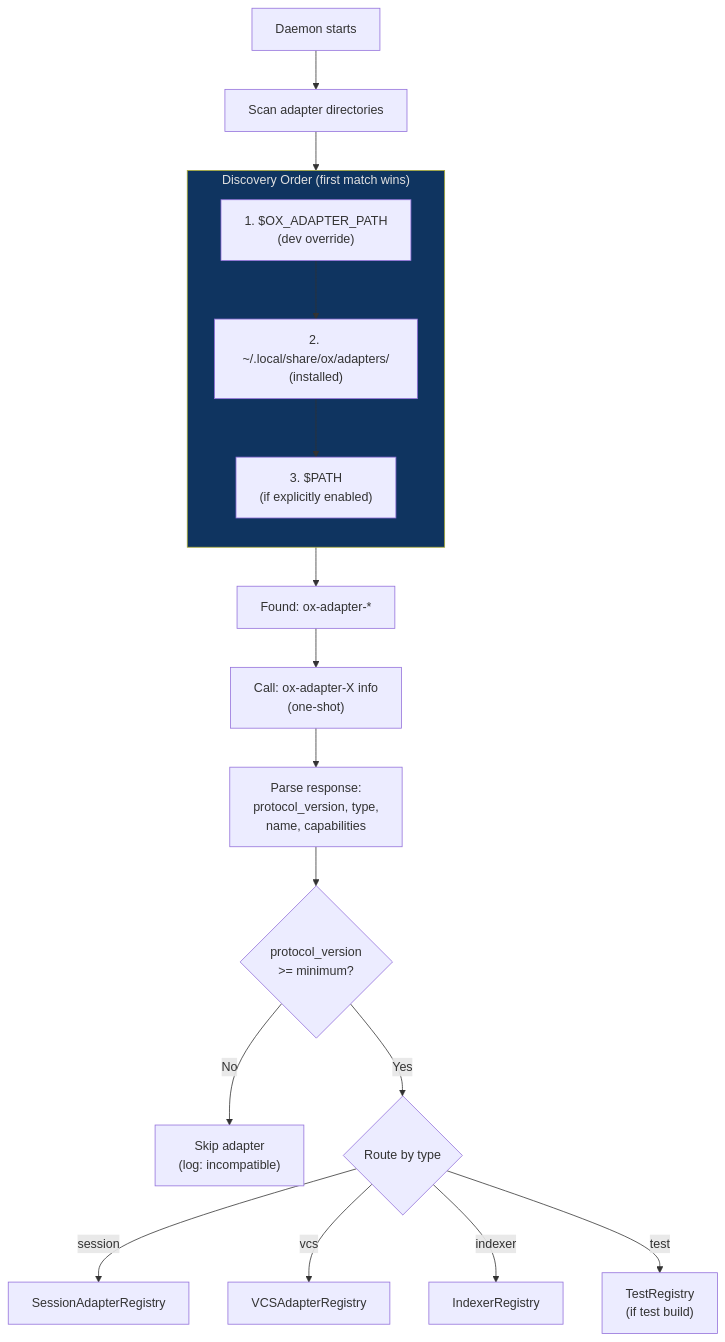
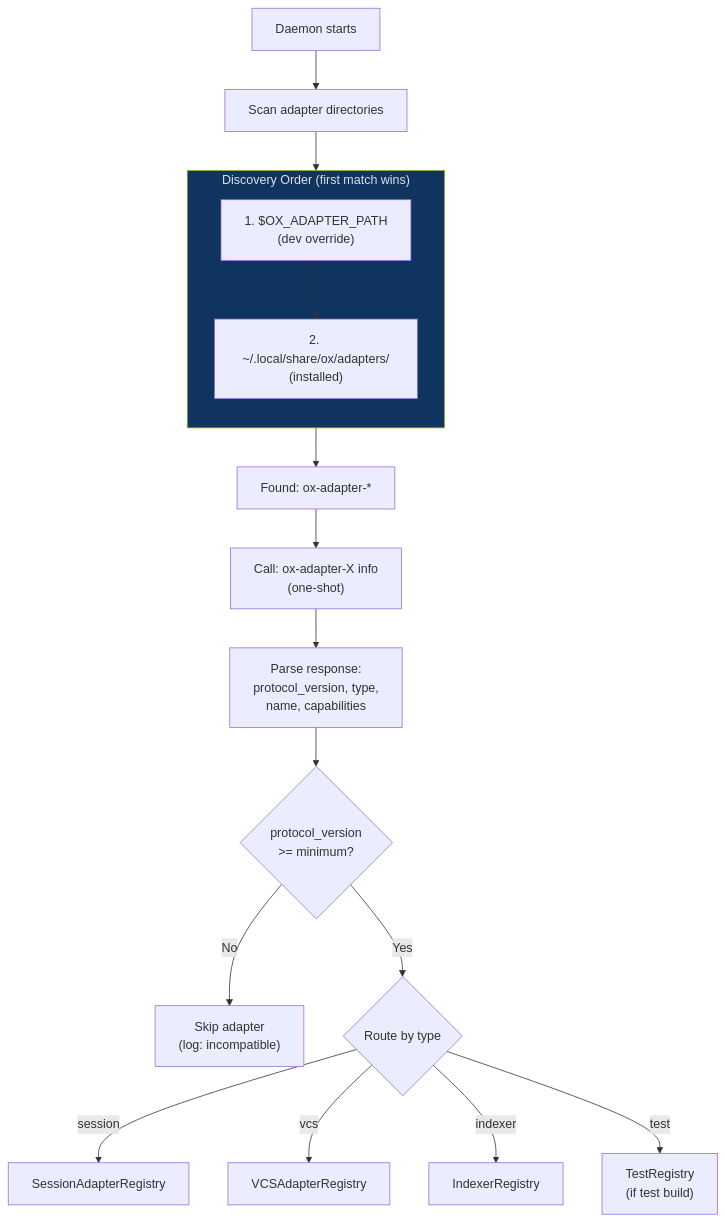
One commit to sageox/ox changed the sixth of 12 diagrams in adapter/DIAGRAMS.md. Above: the diagram before and after it, drawn with Mermaid. The commit also changed other lines of this file and 22 other files, not shown here.

````diff
--- a/adapter/DIAGRAMS.md
+++ b/adapter/DIAGRAMS.md
@@ -227,34 +227,33 @@
 ```mermaid
 flowchart TB
     Start["Daemon starts"]
 
     Start --> Scan["Scan adapter directories"]
 
     subgraph discovery["Discovery Order (first match wins)"]
         direction TB
         D1["1. $OX_ADAPTER_PATH<br/>(dev override)"]
         D2["2. ~/.local/share/ox/adapters/<br/>(installed)"]
-        D3["3. $PATH<br/>(if explicitly enabled)"]
-        D1 --> D2 --> D3
+        D1 --> D2
     end
 
     Scan --> discovery
 
     discovery --> Found["Found: ox-adapter-*"]
 
     Found --> Info["Call: ox-adapter-X info<br/>(one-shot)"]
 
     Info --> Parse["Parse response:<br/>protocol_version, type,<br/>name, capabilities"]
 
     Parse --> Check{"protocol_version<br/>>= minimum?"}
 
     Check -->|No| Skip["Skip adapter<br/>(log: incompatible)"]
     Check -->|Yes| Route{"Route by type"}
 
     Route -->|session| SR["SessionAdapterRegistry"]
     Route -->|vcs| VR["VCSAdapterRegistry"]
     Route -->|indexer| IR["IndexerRegistry"]
     Route -->|test| TR["TestRegistry<br/>(if test build)"]
 
     style discovery fill:#0f3460,color:#e0e0e0
 ```
````
